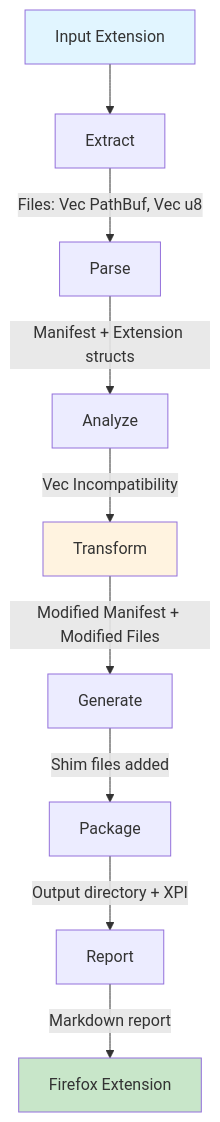
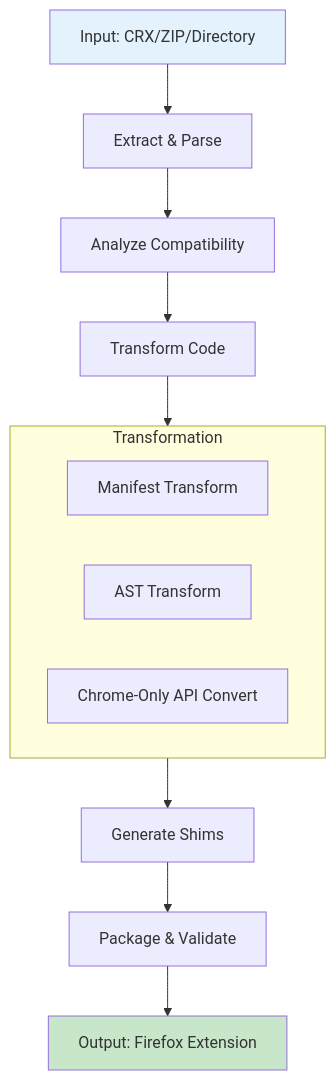
Before and after one commit to OtsoBear/chrome2moz: the first of 2 diagrams in ARCHITECTURE.md, drawn with Mermaid. The commit also changed other lines of this file, not shown here.

First line of the commit message:
docs: condense ARCHITECTURE.md and remove emojis

````diff
--- a/ARCHITECTURE.md
+++ b/ARCHITECTURE.md
@@ -177,15 +103,20 @@
 ```mermaid
 flowchart TD
-    A[Input Extension] --> B[Extract]
-    B -->|Files: Vec PathBuf, Vec u8| C[Parse]
-    C -->|Manifest + Extension structs| D[Analyze]
-    D -->|Vec Incompatibility| E[Transform]
-    E -->|Modified Manifest + Modified Files| F[Generate]
-    F -->|Shim files added| G[Package]
-    G -->|Output directory + XPI| H[Report]
-    H -->|Markdown report| I[Firefox Extension]
+    A[Input: CRX/ZIP/Directory] --> B[Extract & Parse]
+    B --> C[Analyze Compatibility]
+    C --> D[Transform Code]
     
-    style A fill:#e1f5ff
-    style I fill:#c8e6c9
-    style E fill:#fff3e0
+    subgraph Transform["Transformation"]
+        D1[Manifest Transform]
+        D2[AST Transform]
+        D3[Chrome-Only API Convert]
+    end
+    
+    D --> Transform
+    Transform --> E[Generate Shims]
+    E --> F[Package & Validate]
+    F --> G[Output: Firefox Extension]
+    
+    style A fill:#e3f2fd
+    style G fill:#c8e6c9
 ```
````
